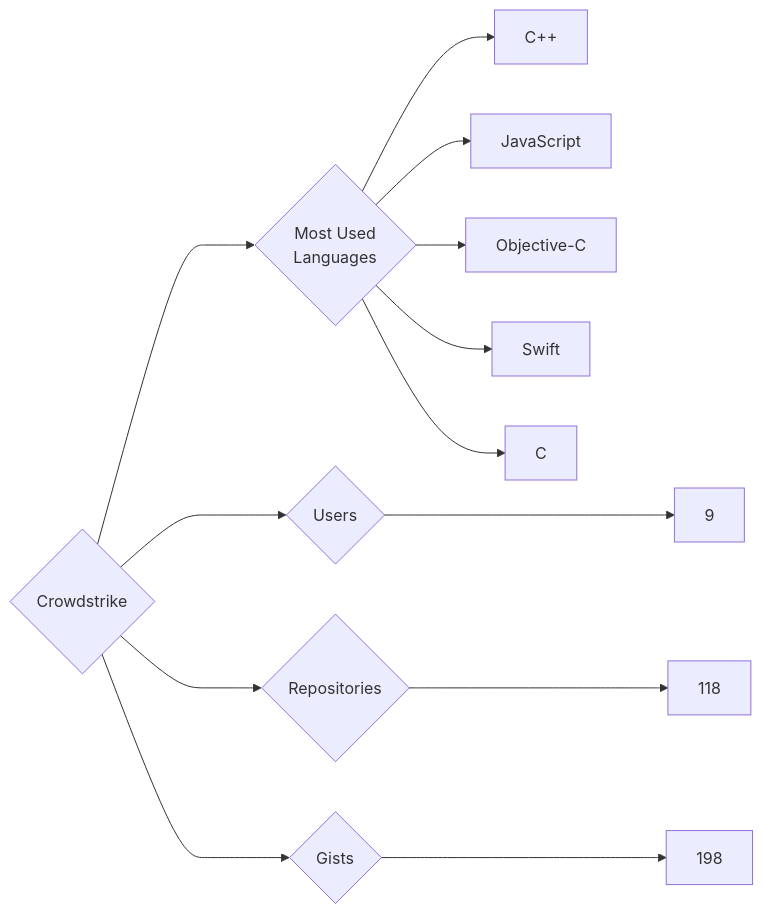
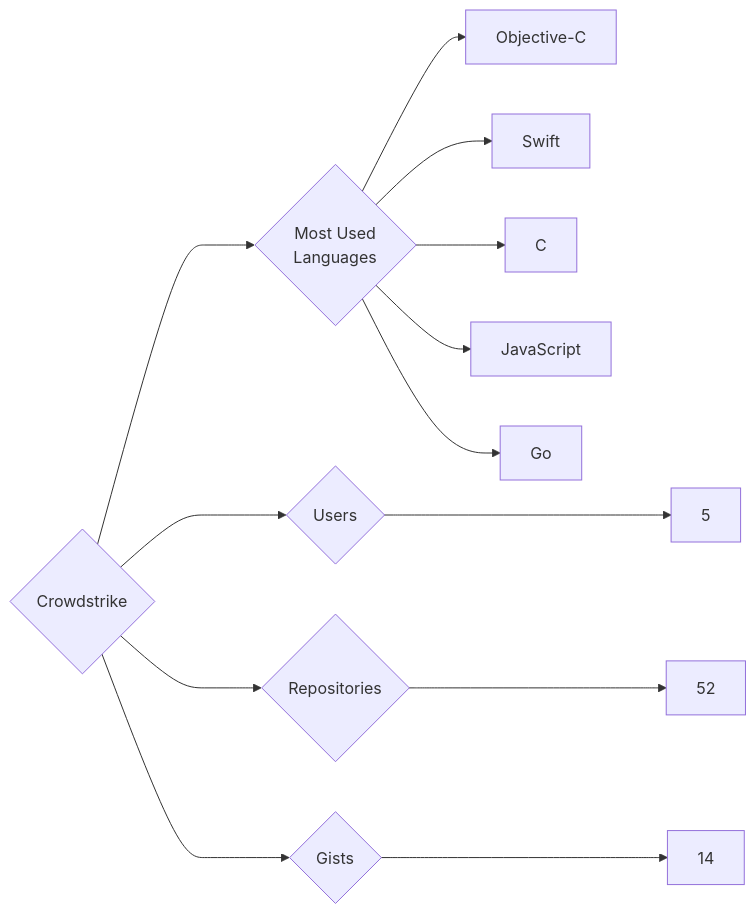
One commit to trickest/insiders changed the diagram in targets/Crowdstrike/README.md. Above: the diagram before and after it, drawn with Mermaid. The commit also changed 1078 other files, not shown here.

````diff
--- a/targets/Crowdstrike/README.md
+++ b/targets/Crowdstrike/README.md
@@ -3,13 +3,13 @@
 ```mermaid
 graph LR
 COMPANY_NAME{Crowdstrike}
-COMPANY_NAME ---> U{Users} ---> UN[9]
-COMPANY_NAME ---> R{Repositories} ---> RN[118]
-COMPANY_NAME ---> G{Gists} ---> GN[198]
+COMPANY_NAME ---> U{Users} ---> UN[5]
+COMPANY_NAME ---> R{Repositories} ---> RN[52]
+COMPANY_NAME ---> G{Gists} ---> GN[14]
 COMPANY_NAME ---> ML{Most Used<br>Languages}
-ML --> C++[C++]
-ML --> JavaScript[JavaScript]
 ML --> Objective-C[Objective-C]
 ML --> Swift[Swift]
 ML --> C[C]
+ML --> JavaScript[JavaScript]
+ML --> Go[Go]
 ```
````
